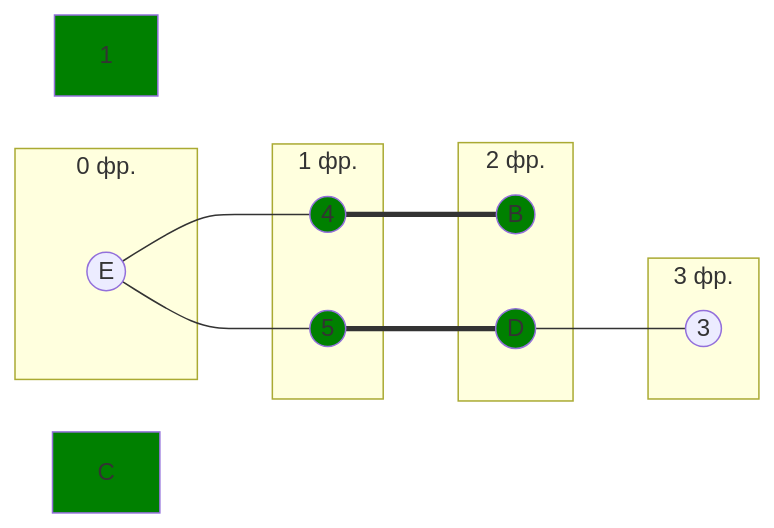
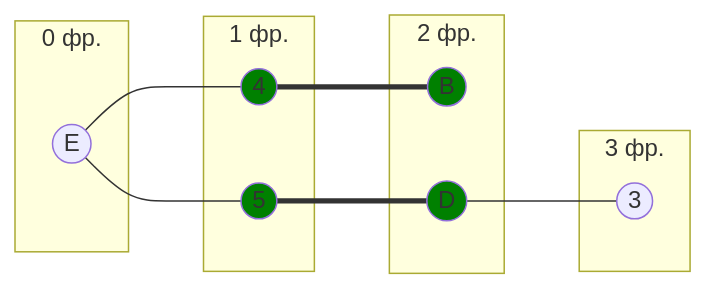
The fifth of 9 diagrams in Задание 14/DIsplayPort.md (hse-algo-psapr-25/manual-tasks), drawn with Mermaid before and after one commit.

````diff
--- a/Задание 14/DIsplayPort.md
+++ b/Задание 14/DIsplayPort.md
@@ -179,30 +179,28 @@
 ```mermaid
 graph LR
     subgraph "0 фр." 
         E((E))
     end
     subgraph "1 фр." 
         4((4))
         5((5))
     end
     subgraph "2 фр." 
         B((B))
         D((D))
     end
     subgraph "3 фр." 
         3((3))
     end
 
     E --- 4
     E --- 5
     4 === B
     5 === D
     D --- 3
 
     style 4 fill:#008000
     style B fill:#008000
     style D fill:#008000
     style 5 fill:#008000
-    style 1 fill:#008000
-    style C fill:#008000
 ```
````
